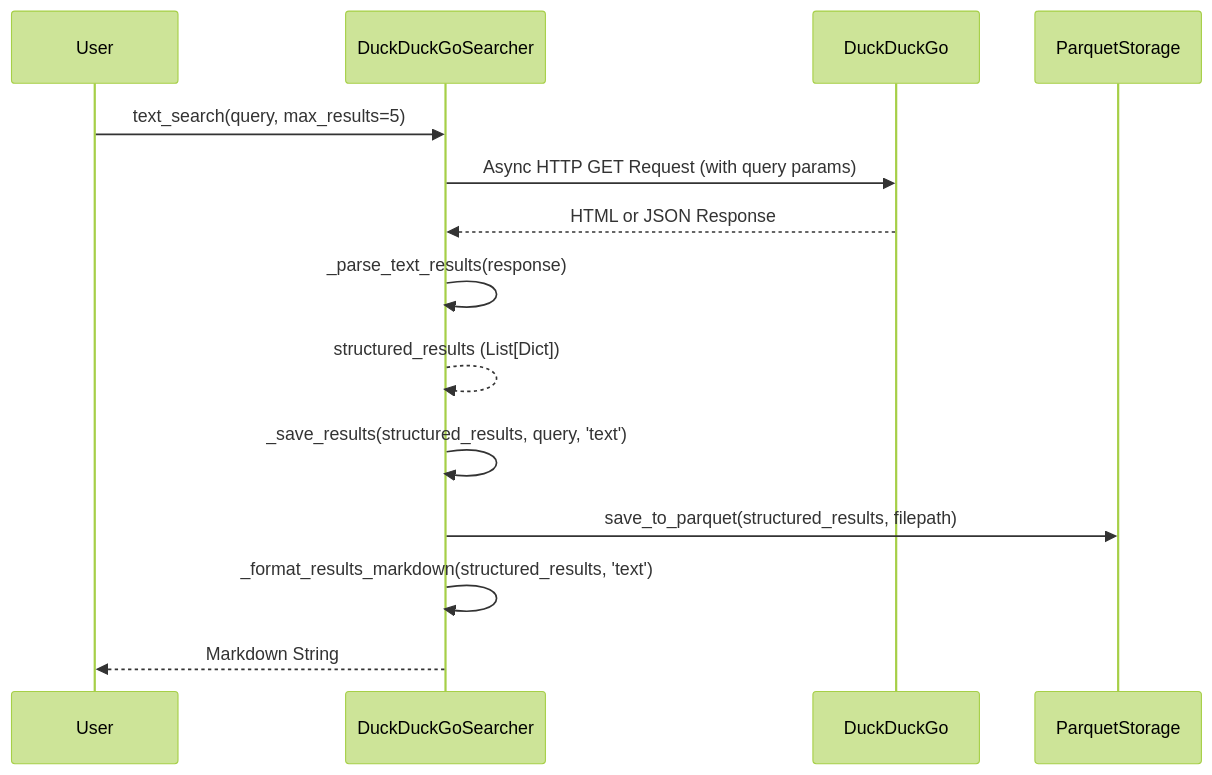
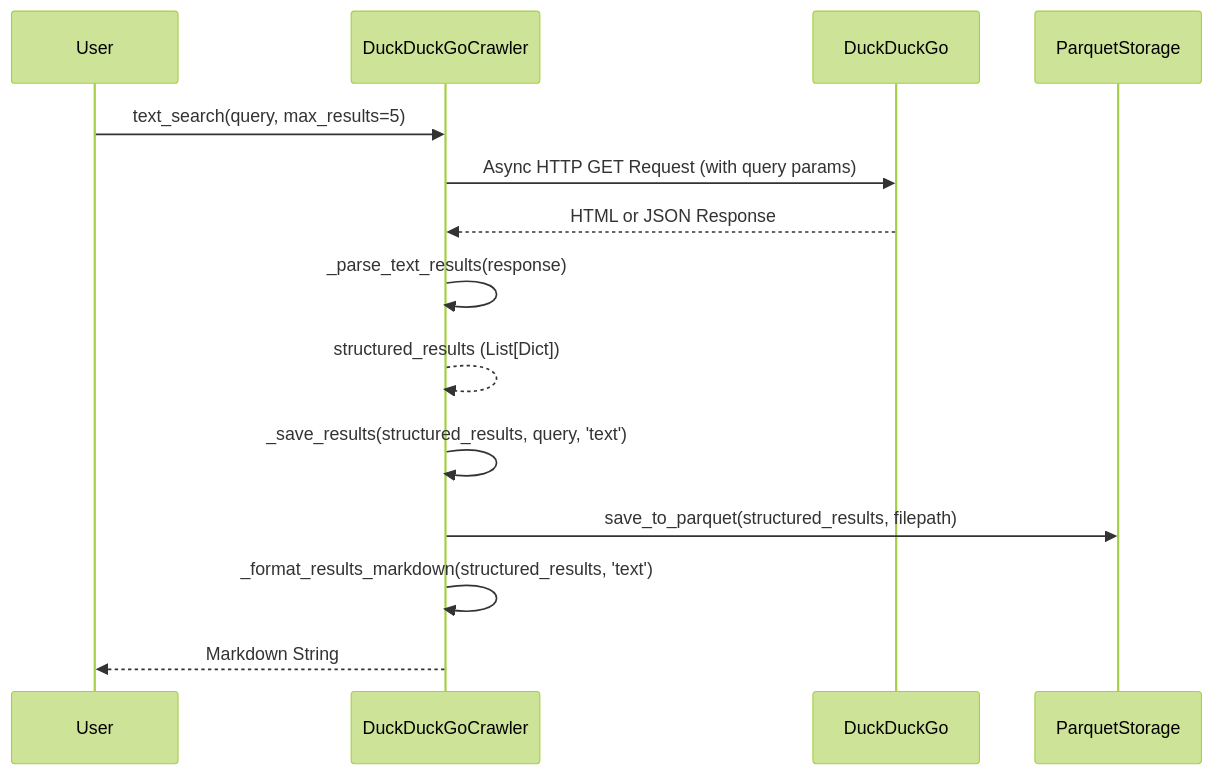
Diagram 16 of 25 in docs/Crawlers.md (Ollama-Agent-Roll-Cage/oarc-crawlers), drawn with Mermaid (forest theme) before and after one commit. The commit also changed other lines of this file and 6 other files, not shown here.

````diff
--- a/docs/Crawlers.md
+++ b/docs/Crawlers.md
@@ -552,17 +553,17 @@
 ```mermaid
 sequenceDiagram
     participant User
-    participant DDGS as DuckDuckGoSearcher
+    participant DDGS as DuckDuckGoCrawler
     participant DDGEndpoints as DuckDuckGo
     participant ParquetStore as ParquetStorage
 
     User->>DDGS: text_search(query, max_results=5) # Or _to_dict / _to_markdown
     DDGS->>DDGEndpoints: Async HTTP GET Request (with query params)
     DDGEndpoints-->>DDGS: HTML or JSON Response
     DDGS->>DDGS: _parse_text_results(response)
     DDGS-->>DDGS: structured_results (List[Dict])
     DDGS->>DDGS: _save_results(structured_results, query, 'text')
     DDGS->>ParquetStore: save_to_parquet(structured_results, filepath)
     DDGS->>DDGS: _format_results_markdown(structured_results, 'text') # If markdown requested
     DDGS-->>User: Markdown String # Or Dict if _to_dict called
 ```
````
